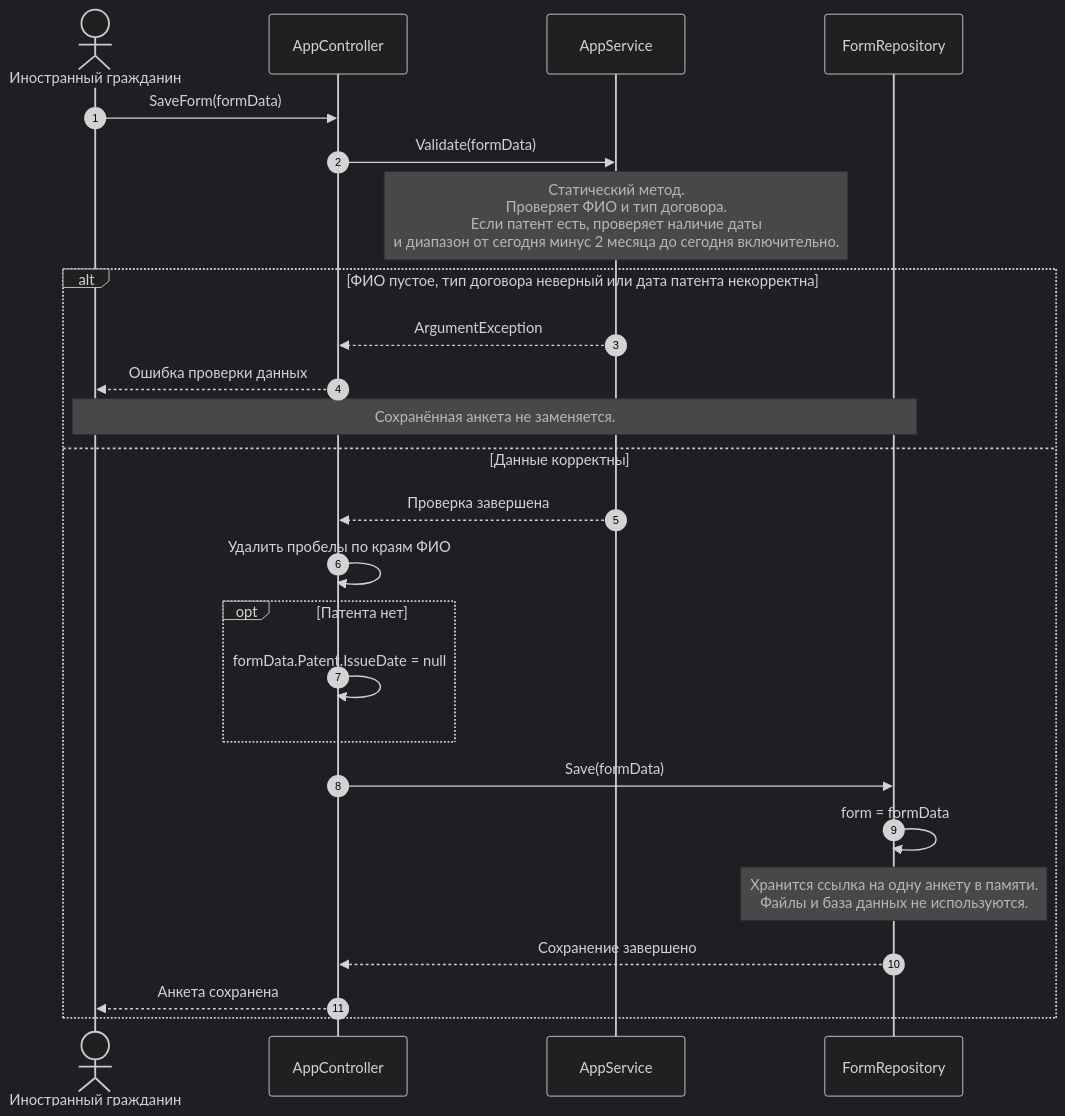
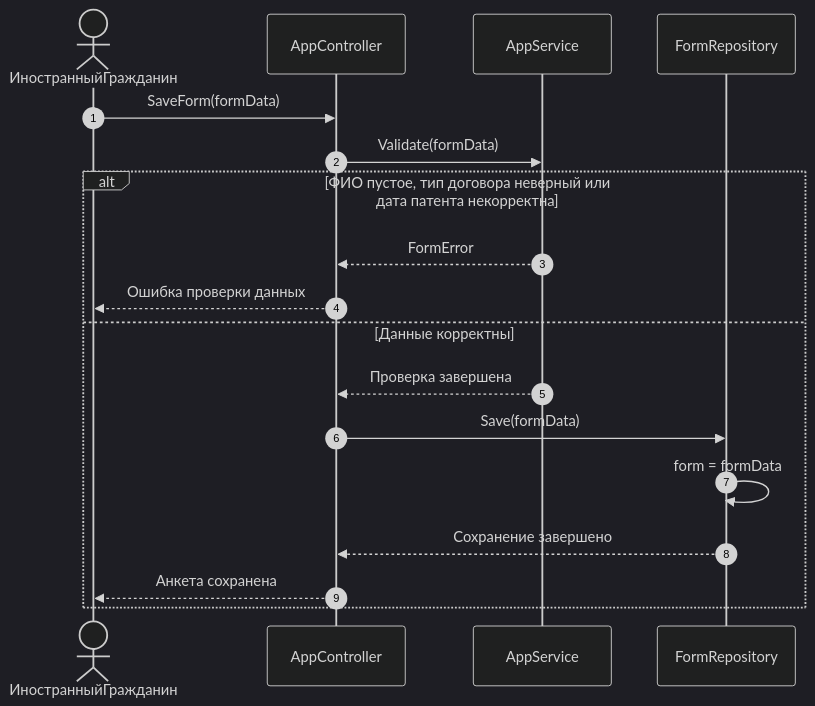
Before and after one commit to Edmorton1/peace: the first of 2 diagrams in _docs/lab4.md, drawn with Mermaid (dark theme). The commit also changed other lines of this file, not shown here.

````diff
--- a/_docs/lab4.md
+++ b/_docs/lab4.md
@@ -16,28 +16,21 @@
 ```mermaid
 sequenceDiagram
     autonumber
-    actor User as Иностранный гражданин
-    participant Controller as AppController
-    participant Service as AppService
-    participant Repository as FormRepository
-    User->>Controller: SaveForm(formData)
-    Controller->>Service: Validate(formData)
-    Note over Service: Статический метод.<br/>Проверяет ФИО и тип договора.<br/>Если патент есть, проверяет наличие даты<br/>и диапазон от сегодня минус 2 месяца до сегодня включительно.
+    actor ИностранныйГражданин
+    participant AppController
+    participant AppService
+    participant FormRepository
+    ИностранныйГражданин->>AppController: SaveForm(formData)
+    AppController->>AppService: Validate(formData)
 
     alt ФИО пустое, тип договора неверный или дата патента некорректна
-        Service-->>Controller: ArgumentException
-        Controller-->>User: Ошибка проверки данных
-        Note over User,Repository: Сохранённая анкета не заменяется.
+        AppService-->>AppController: FormError
+        AppController-->>ИностранныйГражданин: Ошибка проверки данных
     else Данные корректны
-        Service-->>Controller: Проверка завершена
-        Controller->>Controller: Удалить пробелы по краям ФИО
-        opt Патента нет
-            Controller->>Controller: formData.Patent.IssueDate = null
-        end
-        Controller->>Repository: Save(formData)
-        Repository->>Repository: form = formData
-        Note over Repository: Хранится ссылка на одну анкету в памяти.<br/>Файлы и база данных не используются.
-        Repository-->>Controller: Сохранение завершено
-        Controller-->>User: Анкета сохранена
+        AppService-->>AppController: Проверка завершена
+        AppController->>FormRepository: Save(formData)
+        FormRepository->>FormRepository: form = formData
+        FormRepository-->>AppController: Сохранение завершено
+        AppController-->>ИностранныйГражданин: Анкета сохранена
     end
 ```
````
